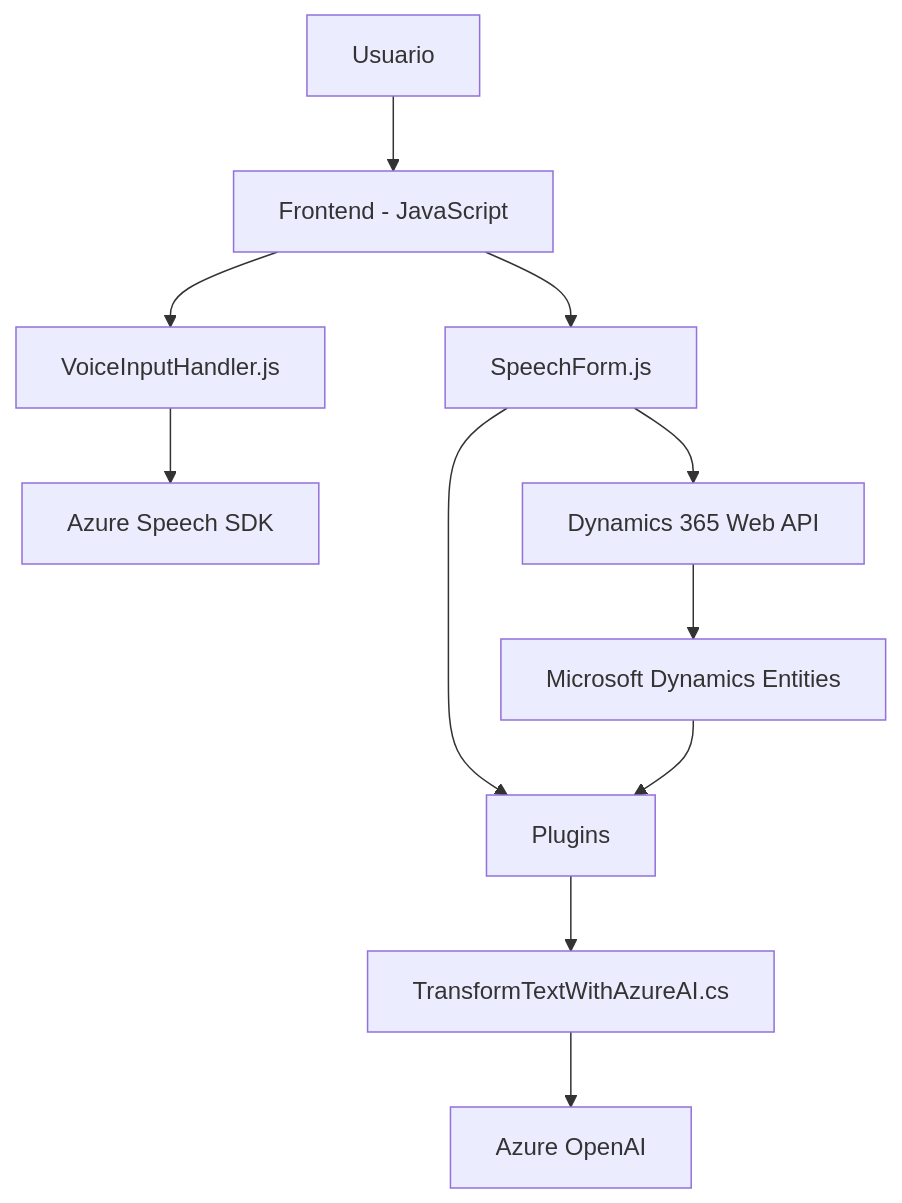
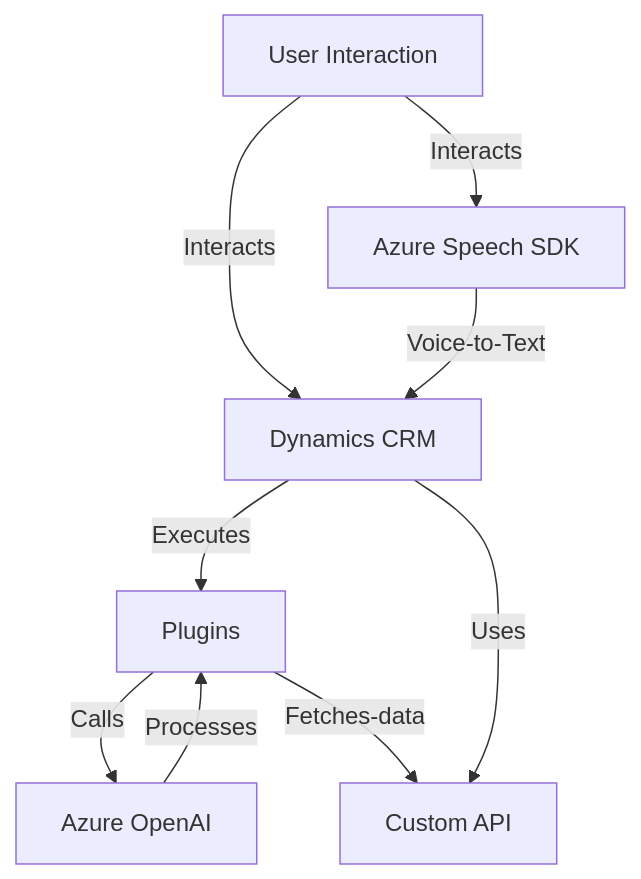
The diagram in README.md (blopezdm/NETCORE_BILBAO2025), drawn with Mermaid before and after one commit. The commit also changed other lines of this file, not shown here.

````diff
--- a/README.md
+++ b/README.md
@@ -46,13 +48,18 @@
 ```mermaid
 graph TD
-A["Usuario"] --> B["Frontend - JavaScript"]
-B --> C["VoiceInputHandler.js"]
-B --> D["SpeechForm.js"]
-C --> E["Azure Speech SDK"]
-D --> F["Dynamics 365 Web API"]
-F --> G["Microsoft Dynamics Entities"]
-D --> I["Custom API"]
-G --> I["Plugins"]
-I --> J["TransformTextWithAzureAI.cs"]
-J --> K["Azure OpenAI"]
+    A["User Interaction"]
+    B["Azure Speech SDK"]
+    C["Dynamics CRM"]
+    D["Plugins"]
+    E["Azure OpenAI"]
+    F["Custom API"]
+    
+    A--Interacts-->B
+    A--Interacts-->C
+    C--Executes-->D
+    B--Voice-to-Text-->C
+    D--Calls-->E
+    E--Processes-->D
+    D--Fetches-data-->F
+    C--Uses-->F
 ```
````
